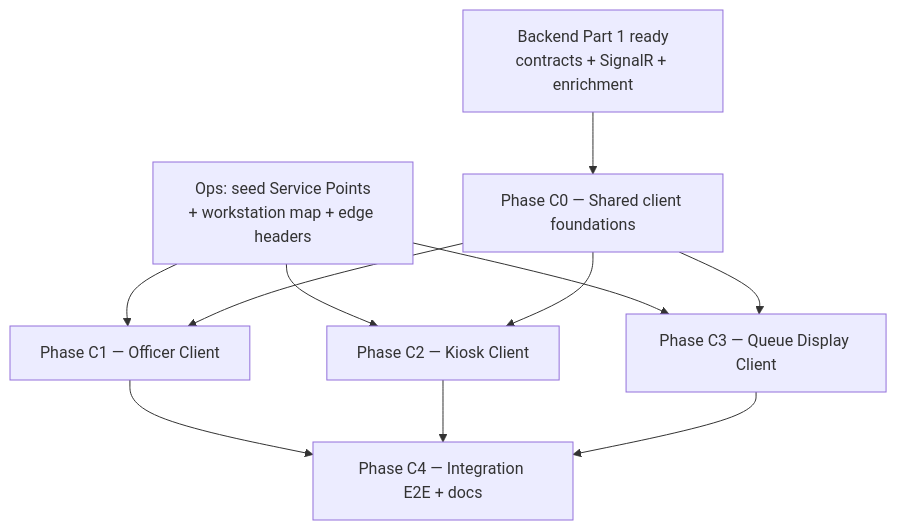
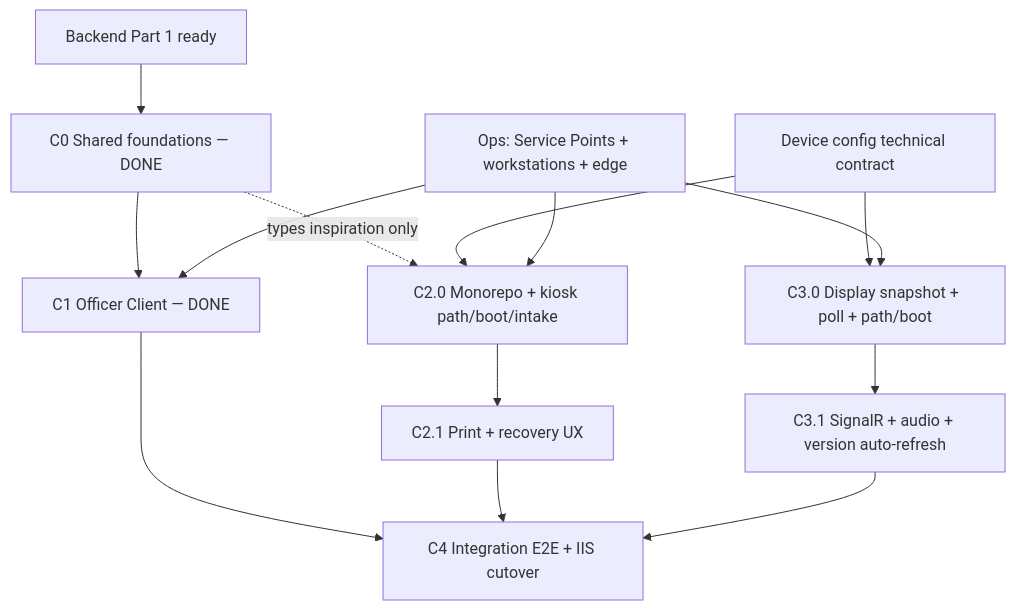
The second of 2 diagrams in docs/contexts/pasien-tracker/TRACKER-ADMISSION-QUEUE-EXTERNAL-CLIENTS-IMPLEMENTATION-PLAN.md (smart-ics/b09-bilreg-api), drawn with Mermaid before and after one commit. The commit also changed other lines of this file and 4 other files, not shown here.

Commit message:
Update implementation report C2-C3: (Kiosk and Queue Display)

````diff
--- a/docs/contexts/pasien-tracker/TRACKER-ADMISSION-QUEUE-EXTERNAL-CLIENTS-IMPLEMENTATION-PLAN.md
+++ b/docs/contexts/pasien-tracker/TRACKER-ADMISSION-QUEUE-EXTERNAL-CLIENTS-IMPLEMENTATION-PLAN.md
@@ -223,21 +321,27 @@
 ```mermaid
 flowchart TD
-  B[Backend Part 1 ready<br/>contracts + SignalR + enrichment]
-  CFG[Ops: seed Service Points<br/>+ workstation map + edge headers]
-  P0[Phase C0 — Shared client foundations]
-  P1[Phase C1 — Officer Client]
-  P2[Phase C2 — Kiosk Client]
-  P3[Phase C3 — Queue Display Client]
-  P4[Phase C4 — Integration E2E + docs]
+  B[Backend Part 1 ready]
+  CFG[Ops: Service Points + workstations + edge]
+  C0[C0 Shared foundations — DONE]
+  C1[C1 Officer Client — DONE]
+  C2A[C2.0 Monorepo + kiosk path/boot/intake]
+  C2B[C2.1 Print + recovery UX]
+  C3A[C3.0 Display snapshot + poll + path/boot]
+  C3B[C3.1 SignalR + audio + version auto-refresh]
+  C4[C4 Integration E2E + IIS cutover]
+  DEVCFG[Device config technical contract]
 
-  B --> P0
-  CFG --> P1
-  CFG --> P2
-  CFG --> P3
-  P0 --> P1
-  P0 --> P2
-  P0 --> P3
-  P1 --> P4
-  P2 --> P4
-  P3 --> P4
+  B --> C0
+  C0 --> C1
+  CFG --> C1
+  C0 -.->|types inspiration only| C2A
+  DEVCFG --> C2A
+  DEVCFG --> C3A
+  CFG --> C2A
+  CFG --> C3A
+  C2A --> C2B
+  C3A --> C3B
+  C1 --> C4
+  C2B --> C4
+  C3B --> C4
 ```
````
